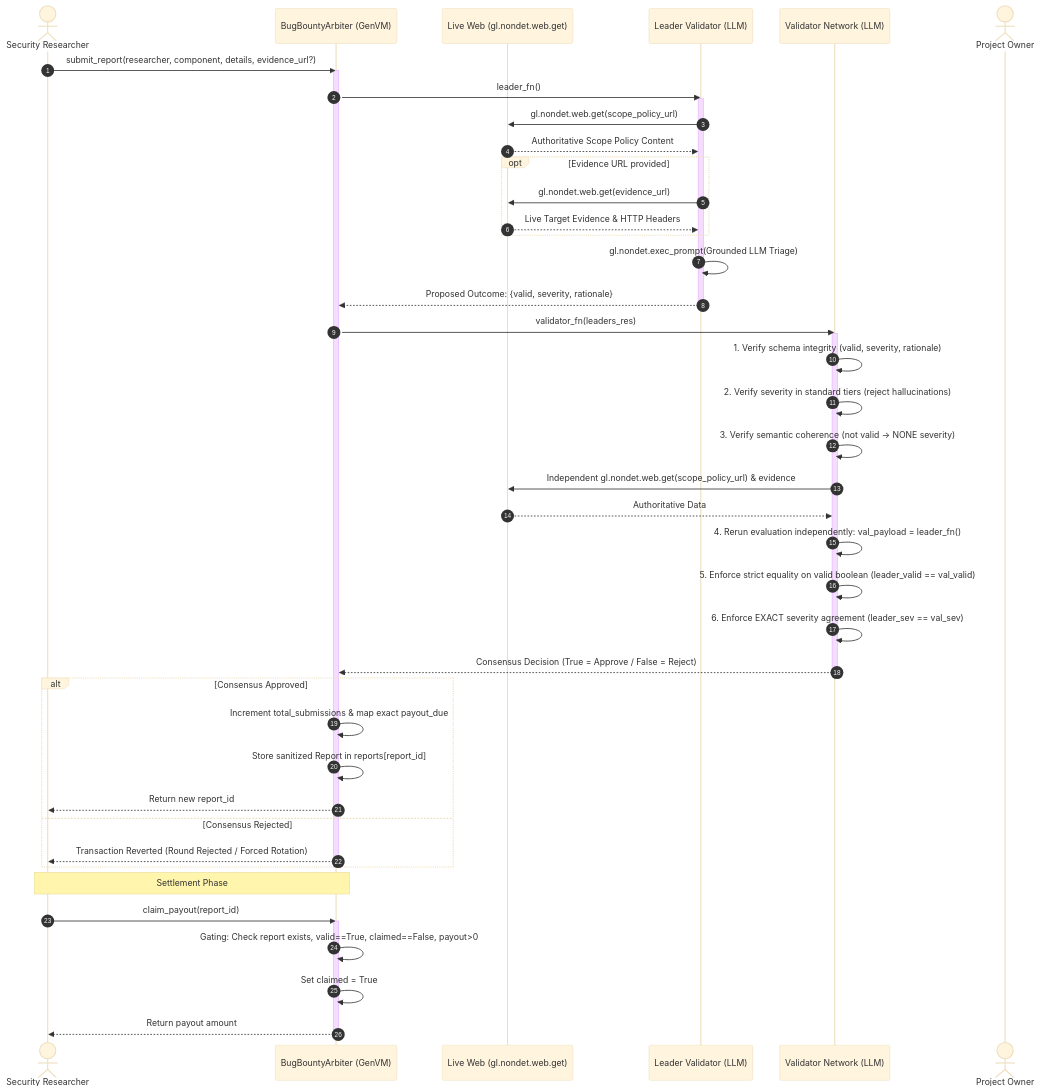
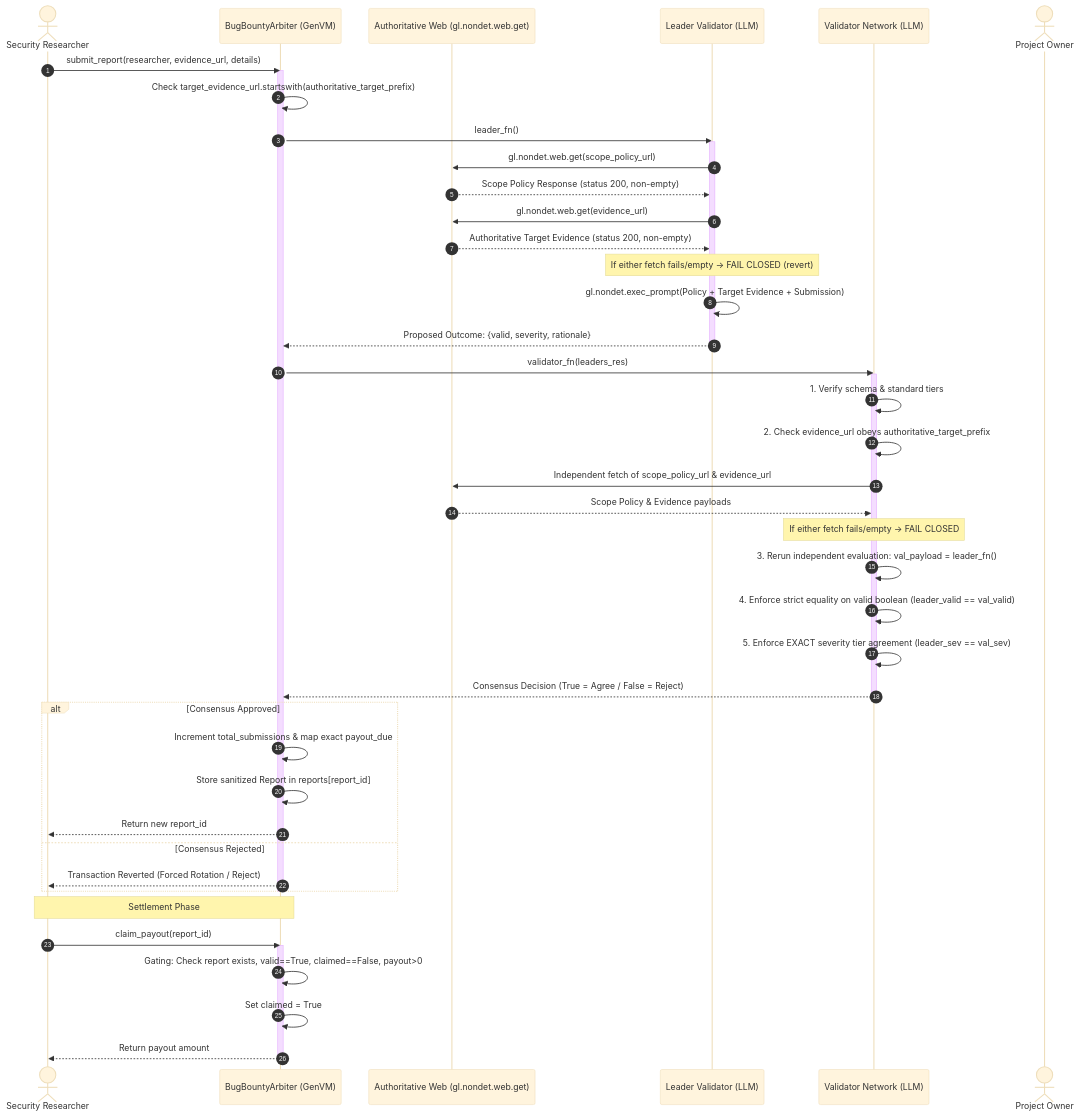
The diagram in README.md (JimmyOgb/bug-bounty-arbiter), drawn with Mermaid (base theme) before and after one commit. The commit also changed other lines of this file and 2 other files, not shown here.

Commit message:
fix: implement fail-closed authoritative evidence acquisition and domain validation

````diff
--- a/README.md
+++ b/README.md
@@ -106,54 +113,54 @@
 ```mermaid
 sequenceDiagram
     autonumber
     actor Researcher as Security Researcher
     participant Contract as BugBountyArbiter (GenVM)
-    participant Web as Live Web (gl.nondet.web.get)
+    participant Web as Authoritative Web (gl.nondet.web.get)
     participant Leader as Leader Validator (LLM)
     participant Validators as Validator Network (LLM)
     actor Owner as Project Owner
 
-    Researcher->>Contract: submit_report(researcher, component, details, evidence_url?)
+    Researcher->>Contract: submit_report(researcher, evidence_url, details)
     activate Contract
+    Contract->>Contract: Check target_evidence_url.startswith(authoritative_target_prefix)
     Contract->>Leader: leader_fn()
     activate Leader
     Leader->>Web: gl.nondet.web.get(scope_policy_url)
-    Web-->>Leader: Authoritative Scope Policy Content
-    opt Evidence URL provided
-        Leader->>Web: gl.nondet.web.get(evidence_url)
-        Web-->>Leader: Live Target Evidence & HTTP Headers
-    end
-    Leader->>Leader: gl.nondet.exec_prompt(Grounded LLM Triage)
+    Web-->>Leader: Scope Policy Response (status 200, non-empty)
+    Leader->>Web: gl.nondet.web.get(evidence_url)
+    Web-->>Leader: Authoritative Target Evidence (status 200, non-empty)
+    Note over Leader: If either fetch fails/empty -> FAIL CLOSED (revert)
+    Leader->>Leader: gl.nondet.exec_prompt(Policy + Target Evidence + Submission)
     Leader-->>Contract: Proposed Outcome: {valid, severity, rationale}
     deactivate Leader
 
     Contract->>Validators: validator_fn(leaders_res)
     activate Validators
-    Validators->>Validators: 1. Verify schema integrity (valid, severity, rationale)
-    Validators->>Validators: 2. Verify severity in standard tiers (reject hallucinations)
-    Validators->>Validators: 3. Verify semantic coherence (not valid -> NONE severity)
-    Validators->>Web: Independent gl.nondet.web.get(scope_policy_url) & evidence
-    Web-->>Validators: Authoritative Data
-    Validators->>Validators: 4. Rerun evaluation independently: val_payload = leader_fn()
-    Validators->>Validators: 5. Enforce strict equality on valid boolean (leader_valid == val_valid)
-    Validators->>Validators: 6. Enforce EXACT severity agreement (leader_sev == val_sev)
-    Validators-->>Contract: Consensus Decision (True = Approve / False = Reject)
+    Validators->>Validators: 1. Verify schema & standard tiers
+    Validators->>Validators: 2. Check evidence_url obeys authoritative_target_prefix
+    Validators->>Web: Independent fetch of scope_policy_url & evidence_url
+    Web-->>Validators: Scope Policy & Evidence payloads
+    Note over Validators: If either fetch fails/empty -> FAIL CLOSED
+    Validators->>Validators: 3. Rerun independent evaluation: val_payload = leader_fn()
+    Validators->>Validators: 4. Enforce strict equality on valid boolean (leader_valid == val_valid)
+    Validators->>Validators: 5. Enforce EXACT severity tier agreement (leader_sev == val_sev)
+    Validators-->>Contract: Consensus Decision (True = Agree / False = Reject)
     deactivate Validators
 
     alt Consensus Approved
         Contract->>Contract: Increment total_submissions & map exact payout_due
         Contract->>Contract: Store sanitized Report in reports[report_id]
         Contract-->>Researcher: Return new report_id
     else Consensus Rejected
-        Contract-->>Researcher: Transaction Reverted (Round Rejected / Forced Rotation)
+        Contract-->>Researcher: Transaction Reverted (Forced Rotation / Reject)
     end
     deactivate Contract
 
     Note over Researcher,Contract: Settlement Phase
     Researcher->>Contract: claim_payout(report_id)
     activate Contract
     Contract->>Contract: Gating: Check report exists, valid==True, claimed==False, payout>0
     Contract->>Contract: Set claimed = True
     Contract-->>Researcher: Return payout amount
     deactivate Contract
 ```
````
